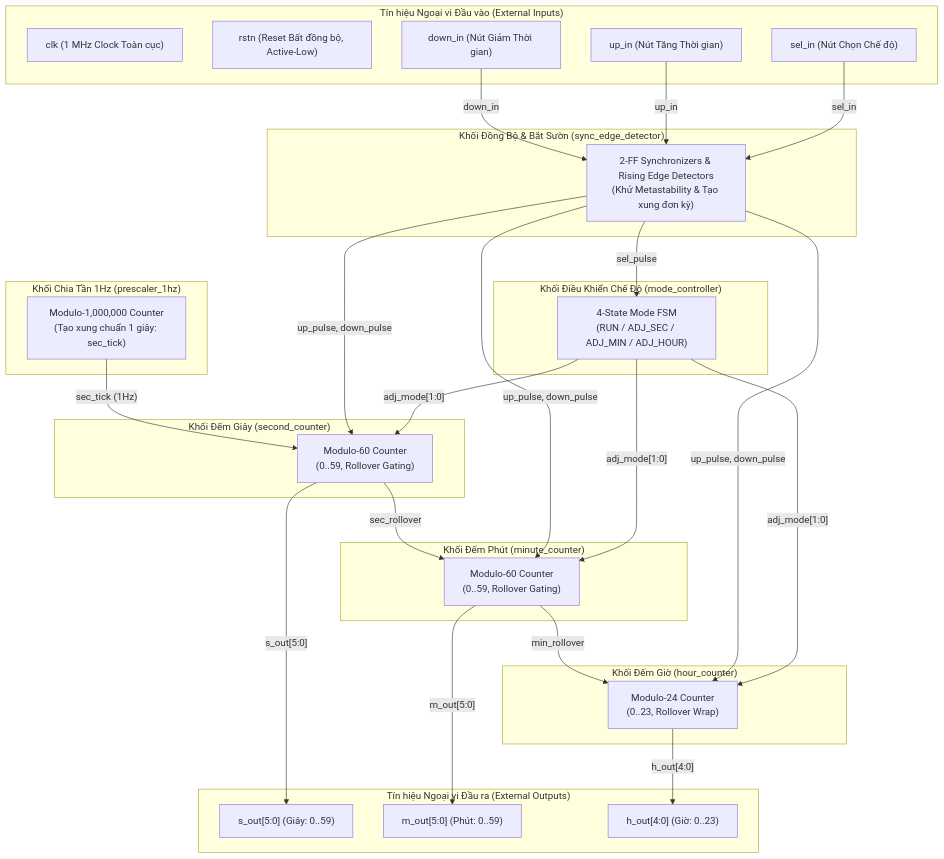
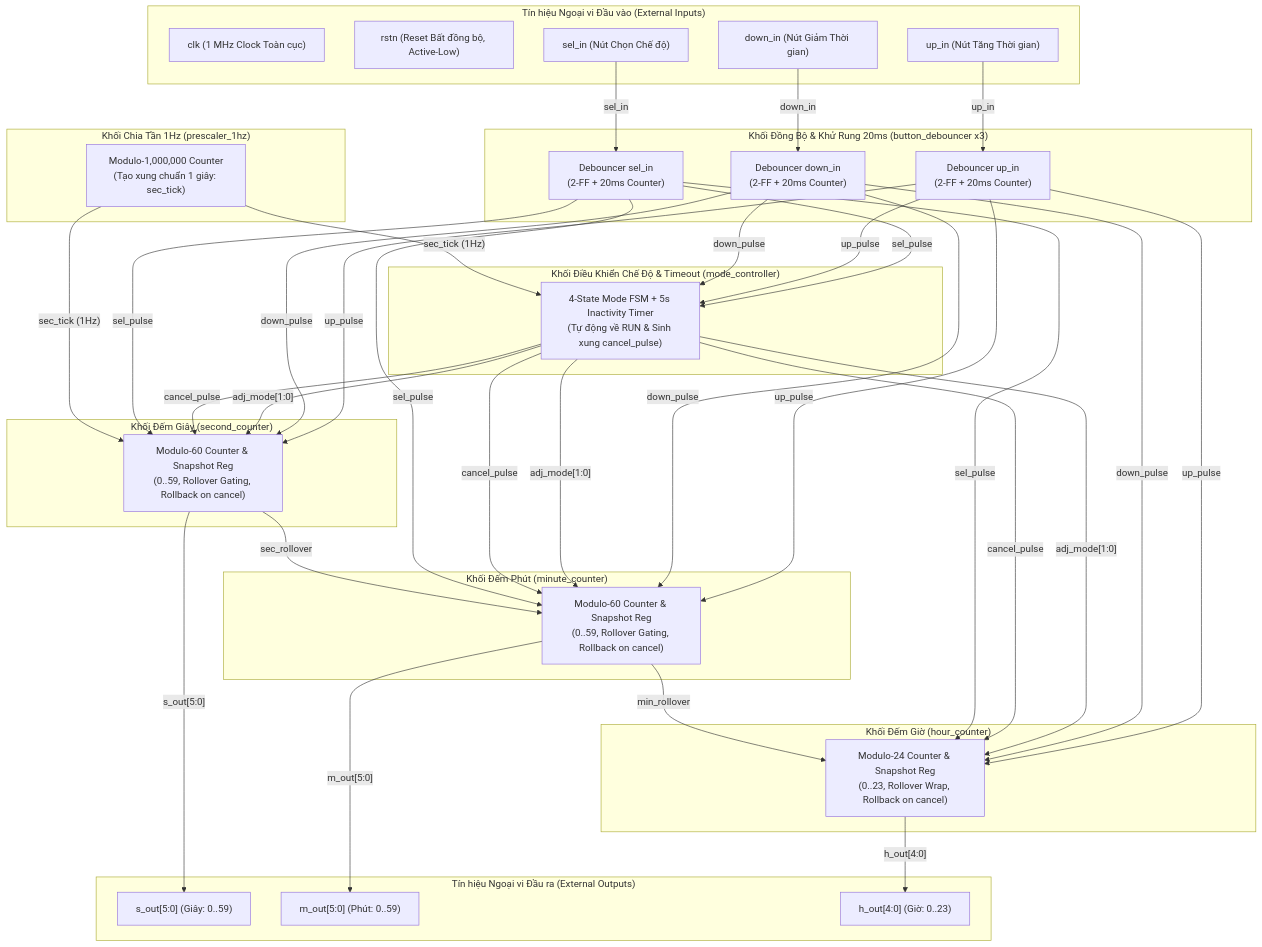
One commit to ngobinh1/Digital_Clock changed the diagram in docs/SPECIFICATION.md. Above: the diagram before and after it, drawn with Mermaid. The commit also changed other lines of this file and 45 other files, not shown here.

Commit message:
feat: add 20ms button debouncer with auto-repeat and 5s inactivity timeout rollback (v1.1.0)

````diff
--- a/docs/SPECIFICATION.md
+++ b/docs/SPECIFICATION.md
@@ -68,66 +71,82 @@
 ```mermaid
 flowchart TD
     subgraph INPUTS ["Tín hiệu Ngoại vi Đầu vào (External Inputs)"]
         CLK["clk (1 MHz Clock Toàn cục)"]
         RSTN["rstn (Reset Bất đồng bộ, Active-Low)"]
         SEL["sel_in (Nút Chọn Chế độ)"]
         UP["up_in (Nút Tăng Thời gian)"]
         DOWN["down_in (Nút Giảm Thời gian)"]
     end
 
-    subgraph SYNC_BLOCK ["Khối Đồng Bộ & Bắt Sườn (sync_edge_detector)"]
-        SYNC_NODE["2-FF Synchronizers & Rising Edge Detectors<br/>(Khử Metastability & Tạo xung đơn kỳ)"]
+    subgraph DEBOUNCE_BLOCK ["Khối Đồng Bộ & Khử Rung 20ms (button_debouncer x3)"]
+        DEB_SEL["Debouncer sel_in<br/>(2-FF + 20ms Counter)"]
+        DEB_UP["Debouncer up_in<br/>(2-FF + 20ms Counter)"]
+        DEB_DOWN["Debouncer down_in<br/>(2-FF + 20ms Counter)"]
     end
 
     subgraph PRESCALER ["Khối Chia Tần 1Hz (prescaler_1hz)"]
         PSC_NODE["Modulo-1,000,000 Counter<br/>(Tạo xung chuẩn 1 giây: sec_tick)"]
     end
 
-    subgraph FSM ["Khối Điều Khiển Chế Độ (mode_controller)"]
-        FSM_NODE["4-State Mode FSM<br/>(RUN / ADJ_SEC / ADJ_MIN / ADJ_HOUR)"]
+    subgraph FSM ["Khối Điều Khiển Chế Độ & Timeout (mode_controller)"]
+        FSM_NODE["4-State Mode FSM + 5s Inactivity Timer<br/>(Tự động về RUN & Sinh xung cancel_pulse)"]
     end
 
     subgraph SEC_BLOCK ["Khối Đếm Giây (second_counter)"]
-        SEC_CNT["Modulo-60 Counter<br/>(0..59, Rollover Gating)"]
+        SEC_CNT["Modulo-60 Counter & Snapshot Reg<br/>(0..59, Rollover Gating, Rollback on cancel)"]
     end
 
     subgraph MIN_BLOCK ["Khối Đếm Phút (minute_counter)"]
-        MIN_CNT["Modulo-60 Counter<br/>(0..59, Rollover Gating)"]
+        MIN_CNT["Modulo-60 Counter & Snapshot Reg<br/>(0..59, Rollover Gating, Rollback on cancel)"]
     end
 
     subgraph HR_BLOCK ["Khối Đếm Giờ (hour_counter)"]
-        HR_CNT["Modulo-24 Counter<br/>(0..23, Rollover Wrap)"]
+        HR_CNT["Modulo-24 Counter & Snapshot Reg<br/>(0..23, Rollover Wrap, Rollback on cancel)"]
     end
 
     subgraph OUTPUTS ["Tín hiệu Ngoại vi Đầu ra (External Outputs)"]
         S_OUT["s_out[5:0] (Giây: 0..59)"]
         M_OUT["m_out[5:0] (Phút: 0..59)"]
         H_OUT["h_out[4:0] (Giờ: 0..23)"]
     end
 
-    %% Kết nối ngõ vào ngoại vi đến khối đồng bộ
-    SEL -->|"sel_in"| SYNC_NODE
-    UP -->|"up_in"| SYNC_NODE
-    DOWN -->|"down_in"| SYNC_NODE
+    %% Kết nối ngõ vào đến các khối Debouncer
+    SEL -->|"sel_in"| DEB_SEL
+    UP -->|"up_in"| DEB_UP
+    DOWN -->|"down_in"| DEB_DOWN
 
-    %% Tín hiệu điều khiển FSM
-    SYNC_NODE -->|"sel_pulse"| FSM_NODE
+    %% Xung sạch sau Debounce
+    DEB_SEL -->|"sel_pulse"| FSM_NODE
+    DEB_UP -->|"up_pulse"| FSM_NODE
+    DEB_DOWN -->|"down_pulse"| FSM_NODE
+
+    DEB_UP -->|"up_pulse"| SEC_CNT
+    DEB_UP -->|"up_pulse"| MIN_CNT
+    DEB_UP -->|"up_pulse"| HR_CNT
+
+    DEB_DOWN -->|"down_pulse"| SEC_CNT
+    DEB_DOWN -->|"down_pulse"| MIN_CNT
+    DEB_DOWN -->|"down_pulse"| HR_CNT
+
+    %% Tín hiệu điều khiển FSM & Rollback
     FSM_NODE -->|"adj_mode[1:0]"| SEC_CNT
     FSM_NODE -->|"adj_mode[1:0]"| MIN_CNT
     FSM_NODE -->|"adj_mode[1:0]"| HR_CNT
-
-    %% Tín hiệu xung nút bấm đến các bộ đếm
-    SYNC_NODE -->|"up_pulse, down_pulse"| SEC_CNT
-    SYNC_NODE -->|"up_pulse, down_pulse"| MIN_CNT
-    SYNC_NODE -->|"up_pulse, down_pulse"| HR_CNT
+    FSM_NODE -->|"cancel_pulse"| SEC_CNT
+    FSM_NODE -->|"cancel_pulse"| MIN_CNT
+    FSM_NODE -->|"cancel_pulse"| HR_CNT
+    DEB_SEL -->|"sel_pulse"| SEC_CNT
+    DEB_SEL -->|"sel_pulse"| MIN_CNT
+    DEB_SEL -->|"sel_pulse"| HR_CNT
 
     %% Nhịp 1Hz và chuỗi cờ tràn (Rollover Chain)
     PSC_NODE -->|"sec_tick (1Hz)"| SEC_CNT
+    PSC_NODE -->|"sec_tick (1Hz)"| FSM_NODE
     SEC_CNT -->|"sec_rollover"| MIN_CNT
     MIN_CNT -->|"min_rollover"| HR_CNT
 
     %% Ngõ ra dữ liệu thời gian thực
     SEC_CNT -->|"s_out[5:0]"| S_OUT
     MIN_CNT -->|"m_out[5:0]"| M_OUT
     HR_CNT -->|"h_out[4:0]"| H_OUT
 ```
````
